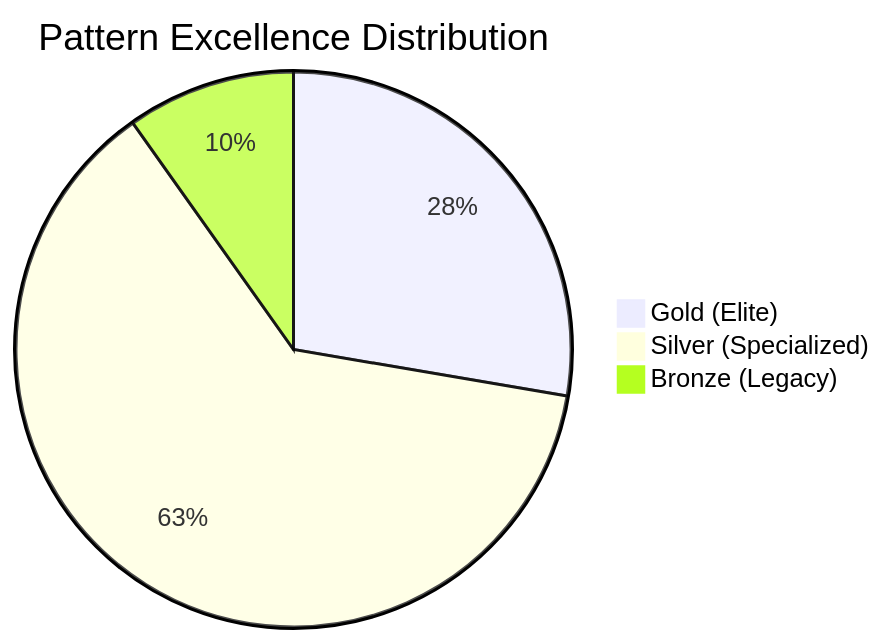
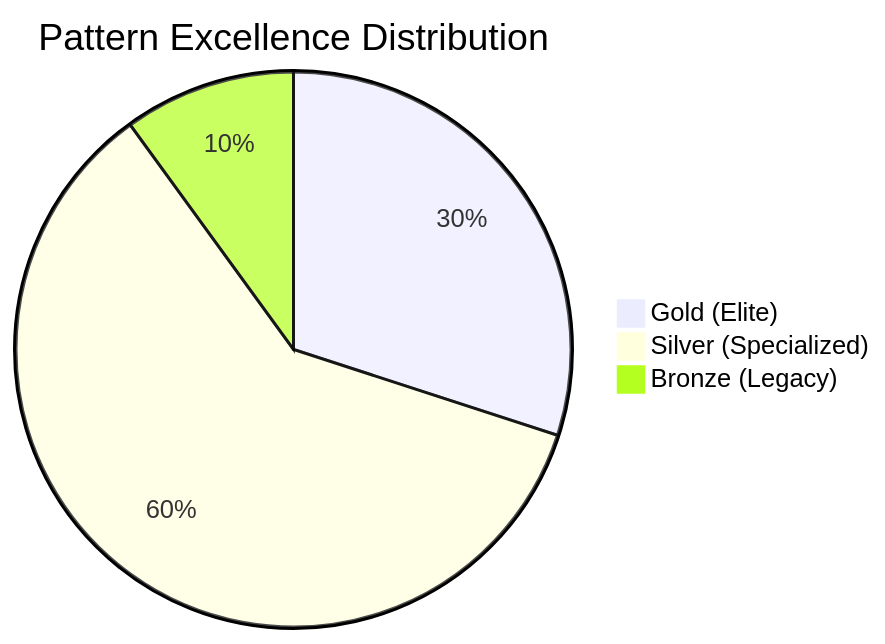
Before and after one commit to deepaucksharma/DStudio: the first of 5 diagrams in docs/reference/pattern-meta-analysis.md, drawn with Mermaid. The commit also changed other lines of this file and 186 other files, not shown here.

````diff
--- a/docs/reference/pattern-meta-analysis.md
+++ b/docs/reference/pattern-meta-analysis.md
@@ -40,6 +44,6 @@
 ```mermaid
 pie title Pattern Excellence Distribution
-    "Gold (Elite)" : 31
-    "Silver (Specialized)" : 70
-    "Bronze (Legacy)" : 11
+    "Gold (Elite)" : 39
+    "Silver (Specialized)" : 78
+    "Bronze (Legacy)" : 13
 ```
````
